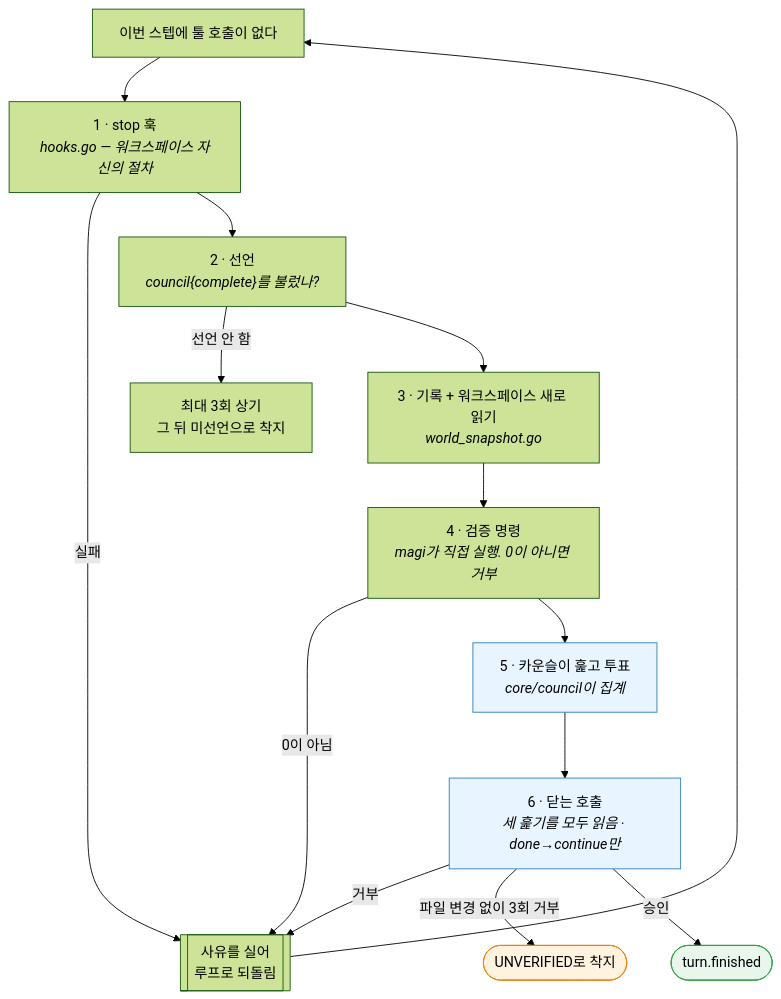
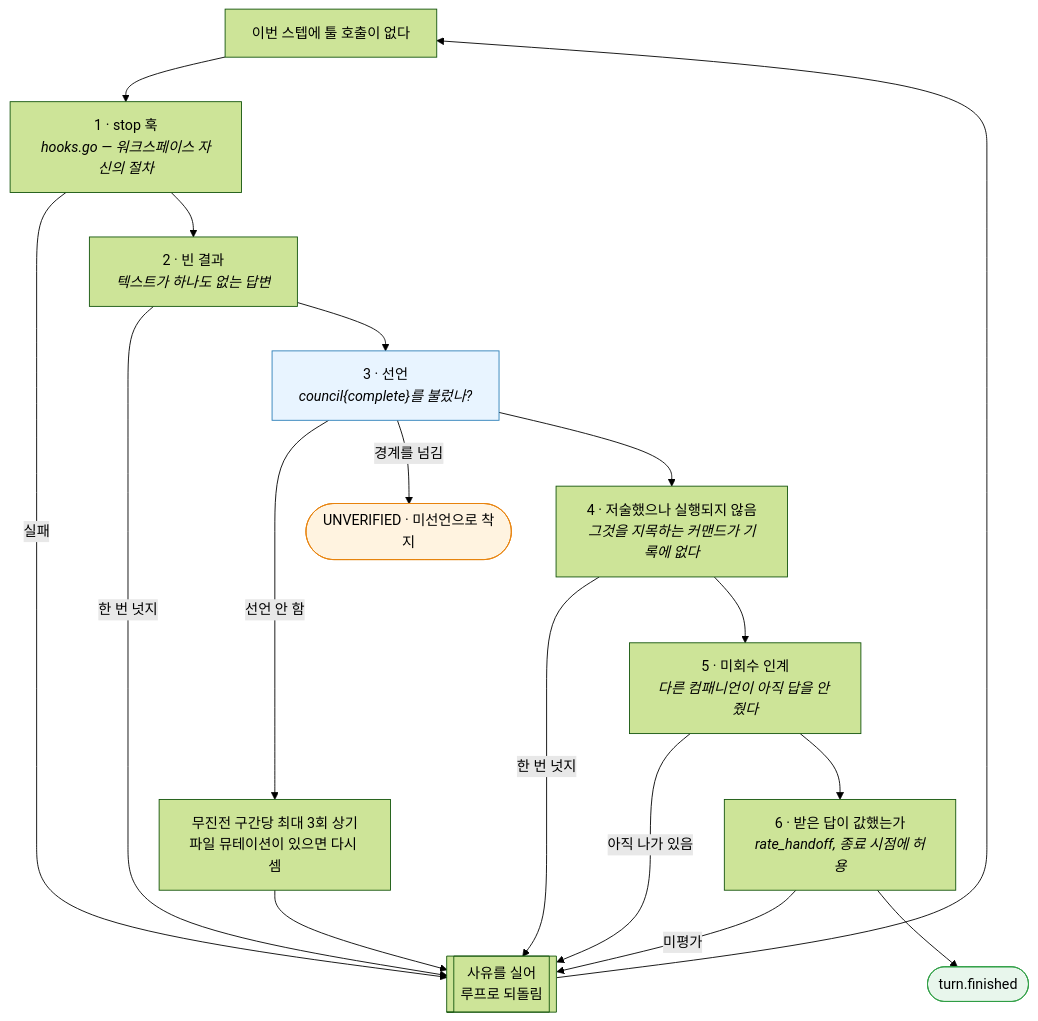
One commit to sayaya1090/magi changed the fifth of 6 diagrams in docs/ARCHITECTURE.ko.md. Above: the diagram before and after it, drawn with Mermaid (forest theme). The commit also changed other lines of this file and 15 other files, not shown here.

````diff
--- a/docs/ARCHITECTURE.ko.md
+++ b/docs/ARCHITECTURE.ko.md
@@ -544,21 +544,23 @@
 ```mermaid
 flowchart TD
     Z[이번 스텝에 툴 호출이 없다] --> H1["1 · stop 훅<br/><i>hooks.go — 워크스페이스 자신의 절차</i>"]
     H1 -->|실패| BACK[["사유를 실어<br/>루프로 되돌림"]]
-    H1 --> H2["2 · 선언<br/><i>council{complete}를 불렀나?</i>"]
-    H2 -->|선언 안 함| REM["최대 3회 상기<br/>그 뒤 미선언으로 착지"]
-    H2 --> H3["3 · 기록 + 워크스페이스 새로 읽기<br/><i>world_snapshot.go</i>"]
-    H3 --> H4["4 · 검증 명령<br/><i>magi가 직접 실행. 0이 아니면 거부</i>"]
-    H4 -->|0이 아님| BACK
-    H4 --> H5["5 · 카운슬이 훑고 투표<br/><i>core/council이 집계</i>"]
-    H5 --> H6["6 · 닫는 호출<br/><i>세 훑기를 모두 읽음 · done→continue만</i>"]
-    H6 -->|거부| BACK
-    H6 -->|파일 변경 없이 3회 거부| UNV([UNVERIFIED로 착지])
-    H6 -->|승인| END([turn.finished])
+    H1 --> H2["2 · 빈 결과<br/><i>텍스트가 하나도 없는 답변</i>"]
+    H2 -->|한 번 넛지| BACK
+    H2 --> H3["3 · 선언<br/><i>council{complete}를 불렀나?</i>"]
+    H3 -->|선언 안 함| REM["무진전 구간당 최대 3회 상기<br/>파일 뮤테이션이 있으면 다시 셈"]
+    REM --> BACK
+    H3 -->|경계를 넘김| UNV([UNVERIFIED · 미선언으로 착지])
+    H3 --> H4["4 · 저술했으나 실행되지 않음<br/><i>그것을 지목하는 커맨드가 기록에 없다</i>"]
+    H4 -->|한 번 넛지| BACK
+    H4 --> H5["5 · 미회수 인계<br/><i>다른 컴패니언이 아직 답을 안 줬다</i>"]
+    H5 -->|아직 나가 있음| BACK
+    H5 --> H6["6 · 받은 답이 값했는가<br/><i>rate_handoff, 종료 시점에 허용</i>"]
+    H6 -->|미평가| BACK
+    H6 --> END([turn.finished])
     BACK --> Z
 
     style END fill:#e8f6ec,stroke:#2f9e44
     style UNV fill:#fff3e0,stroke:#e8820c
-    style H5 fill:#e8f4ff,stroke:#2c7fb8
-    style H6 fill:#e8f4ff,stroke:#2c7fb8
+    style H3 fill:#e8f4ff,stroke:#2c7fb8
 ```
````
